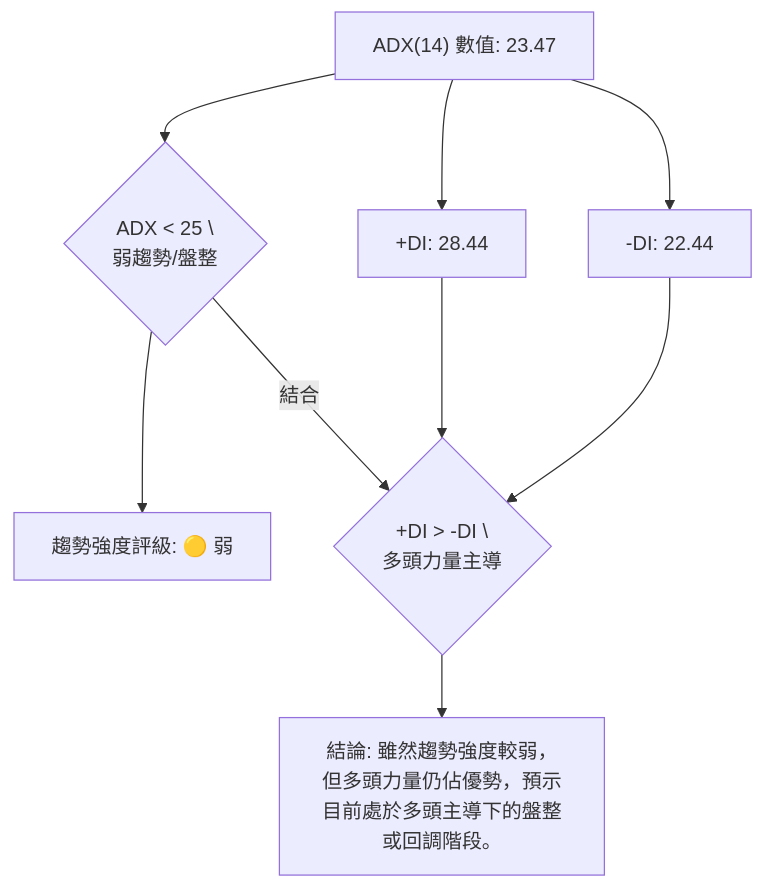
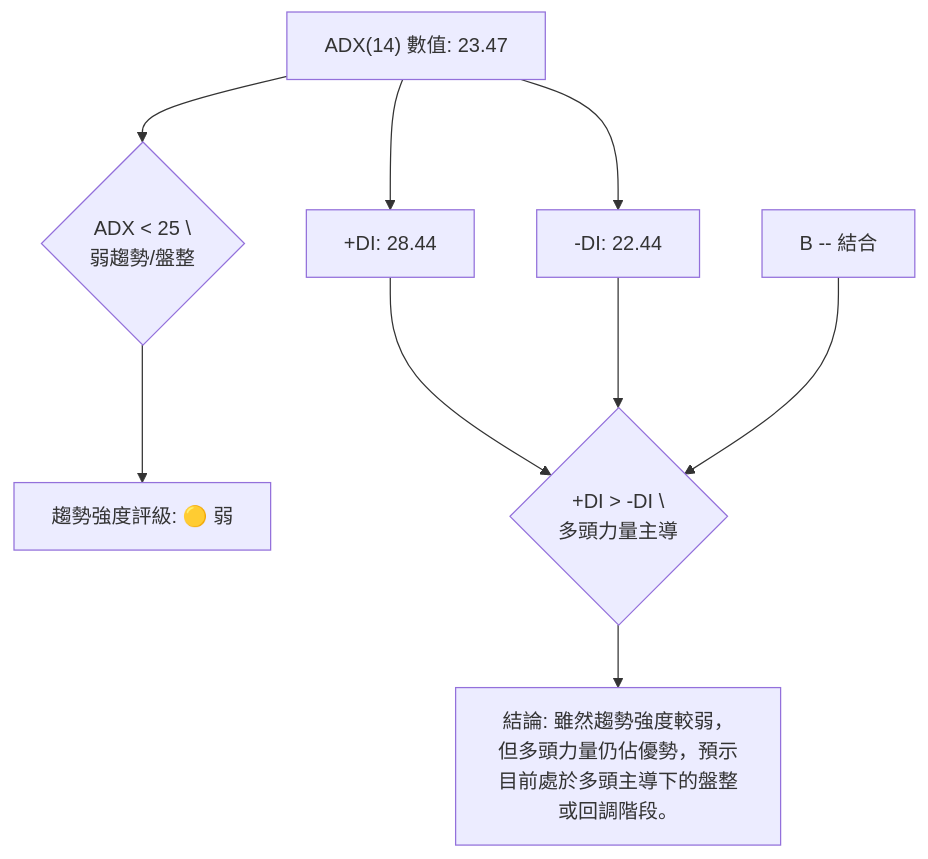
The third of 9 diagrams in ai_gen_report/stock/amd/technical_analysis_2026-07-08_gemini.md (yennanliu/finance_data), drawn with Mermaid before and after one commit. The commit also changed other lines of this file and 2258 other files, not shown here.

First line of the commit message:
chore: backfill Mermaid syntax repair across existing reports

````diff
--- a/ai_gen_report/stock/amd/technical_analysis_2026-07-08_gemini.md
+++ b/ai_gen_report/stock/amd/technical_analysis_2026-07-08_gemini.md
@@ -228,13 +228,13 @@
 ```mermaid
 graph TD
     A["ADX(14) 數值: 23.47"] --> B{"ADX < 25 \\n 弱趨勢/盤整"}
     B --> C["趨勢強度評級: 🟡 弱"]
 
     A --> D["+DI: 28.44"]
     A --> E["-DI: 22.44"]
     D --> F{"+DI > -DI \\n 多頭力量主導"}
     E --> F
 
-    B -- 結合 --> F
+    nb1["B -- 結合"] --> F
     F --> G["結論: 雖然趨勢強度較弱，但多頭力量仍佔優勢，預示目前處於多頭主導下的盤整或回調階段。"]
 ```
````
